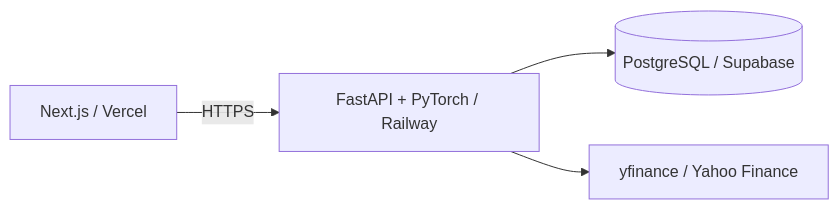
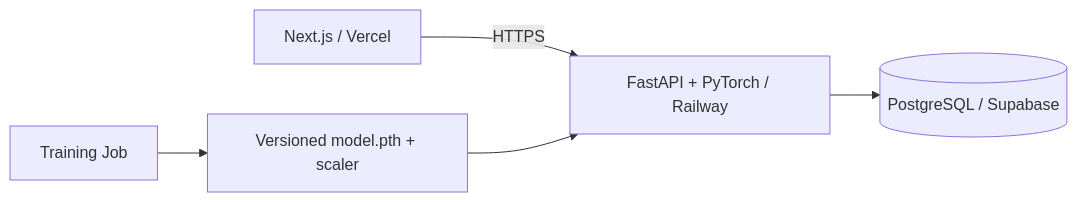
Before and after one commit to johnjohn1207/AI-STOCK-System: the diagram in README.md, drawn with Mermaid. The commit also changed other lines of this file, not shown here.

Commit message:
docs: document LSTM training and inference workflow

````diff
--- a/README.md
+++ b/README.md
@@ -13,6 +13,7 @@
 ```mermaid
 graph LR
     WEB[Next.js / Vercel] -->|HTTPS| API[FastAPI + PyTorch / Railway]
     API --> DB[(PostgreSQL / Supabase)]
-    API --> YF[yfinance / Yahoo Finance]
+    TRAIN[Training Job] --> ART[Versioned model.pth + scaler]
+    ART --> API
 ```
````
